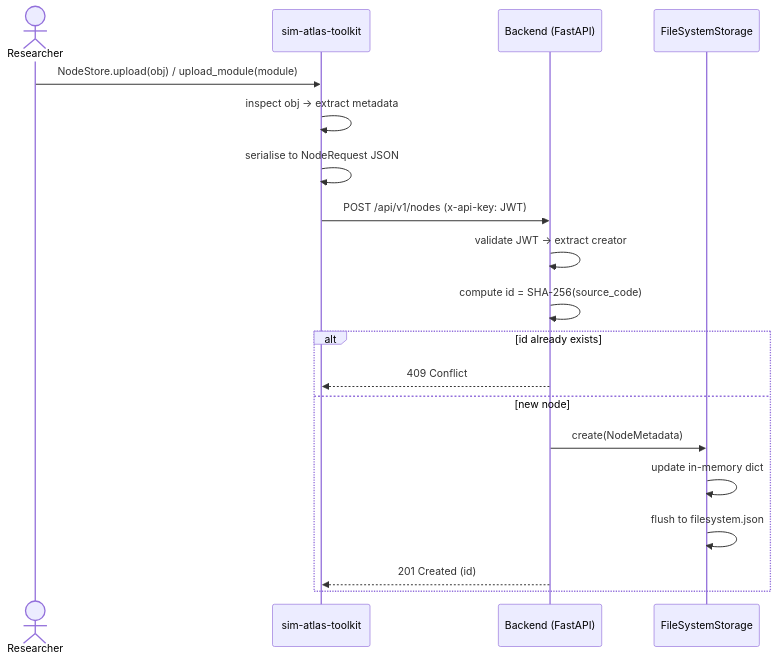
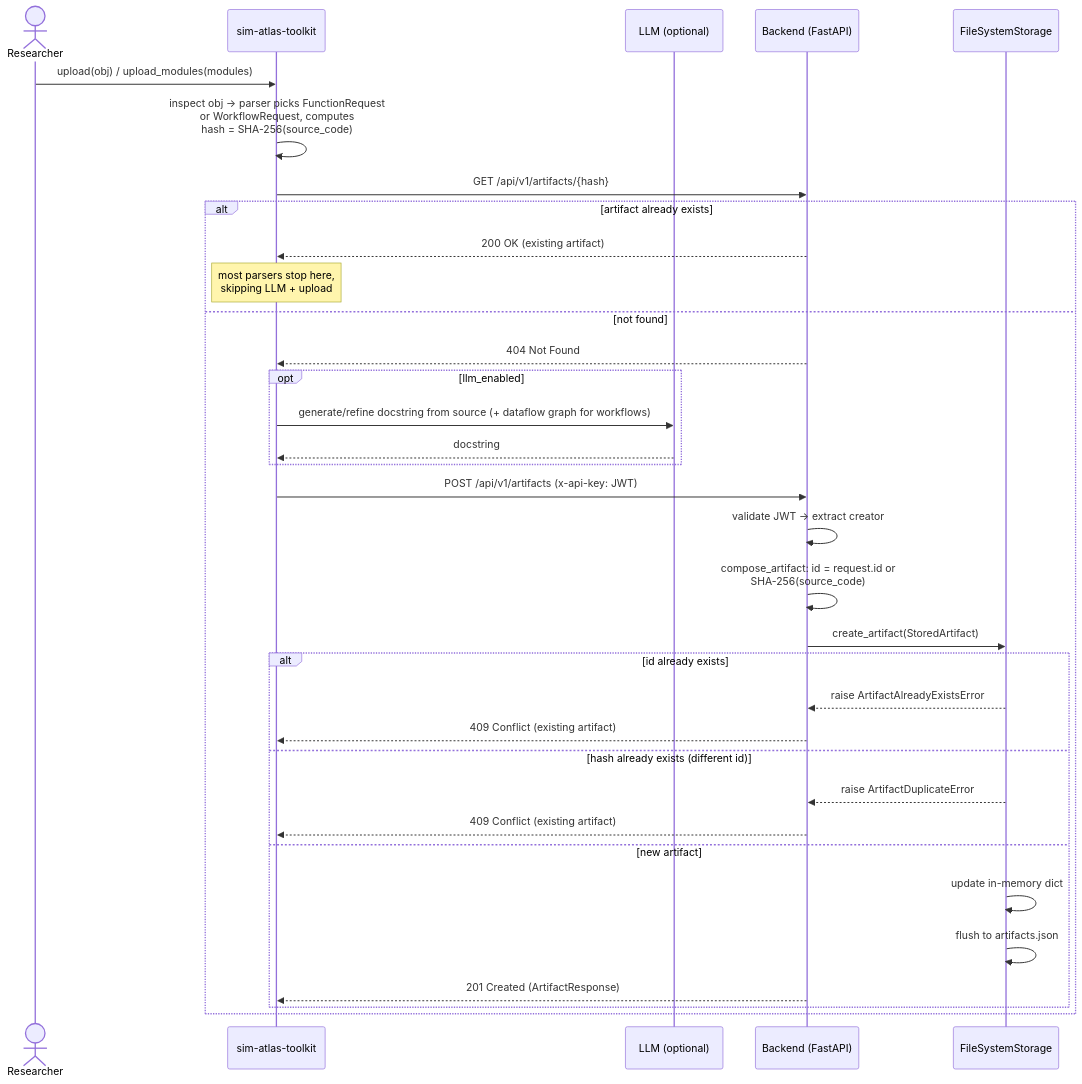
The second of 3 diagrams in docs/architecture.md (XzzX/sim_atlas), drawn with Mermaid before and after one commit. The commit also changed other lines of this file and 1 other file, not shown here.

Commit message:
update diagrams

````diff
--- a/docs/architecture.md
+++ b/docs/architecture.md
@@ -83,22 +83,37 @@
 ```mermaid
 sequenceDiagram
     actor R as Researcher
     participant T as sim-atlas-toolkit
+    participant L as LLM (optional)
     participant B as Backend (FastAPI)
     participant S as FileSystemStorage
 
-    R->>T: NodeStore.upload(obj) / upload_module(module)
-    T->>T: inspect obj → extract metadata
-    T->>T: serialise to NodeRequest JSON
-    T->>B: POST /api/v1/nodes (x-api-key: JWT)
-    B->>B: validate JWT → extract creator
-    B->>B: compute id = SHA-256(source_code)
-    alt id already exists
-        B-->>T: 409 Conflict
-    else new node
-        B->>S: create(NodeMetadata)
-        S->>S: update in-memory dict
-        S->>S: flush to filesystem.json
-        B-->>T: 201 Created (id)
+    R->>T: upload(obj) / upload_modules(modules)
+    T->>T: inspect obj → parser picks FunctionRequest<br/>or WorkflowRequest, computes<br/>hash = SHA-256(source_code)
+    T->>B: GET /api/v1/artifacts/{hash}
+    alt artifact already exists
+        B-->>T: 200 OK (existing artifact)
+        Note over T: most parsers stop here,<br/>skipping LLM + upload
+    else not found
+        B-->>T: 404 Not Found
+        opt llm_enabled
+            T->>L: generate/refine docstring from source (+ dataflow graph for workflows)
+            L-->>T: docstring
+        end
+        T->>B: POST /api/v1/artifacts (x-api-key: JWT)
+        B->>B: validate JWT → extract creator
+        B->>B: compose_artifact: id = request.id or<br/>SHA-256(source_code)
+        B->>S: create_artifact(StoredArtifact)
+        alt id already exists
+            S-->>B: raise ArtifactAlreadyExistsError
+            B-->>T: 409 Conflict (existing artifact)
+        else hash already exists (different id)
+            S-->>B: raise ArtifactDuplicateError
+            B-->>T: 409 Conflict (existing artifact)
+        else new artifact
+            S->>S: update in-memory dict
+            S->>S: flush to artifacts.json
+            B-->>T: 201 Created (ArtifactResponse)
+        end
     end
 ```
````
